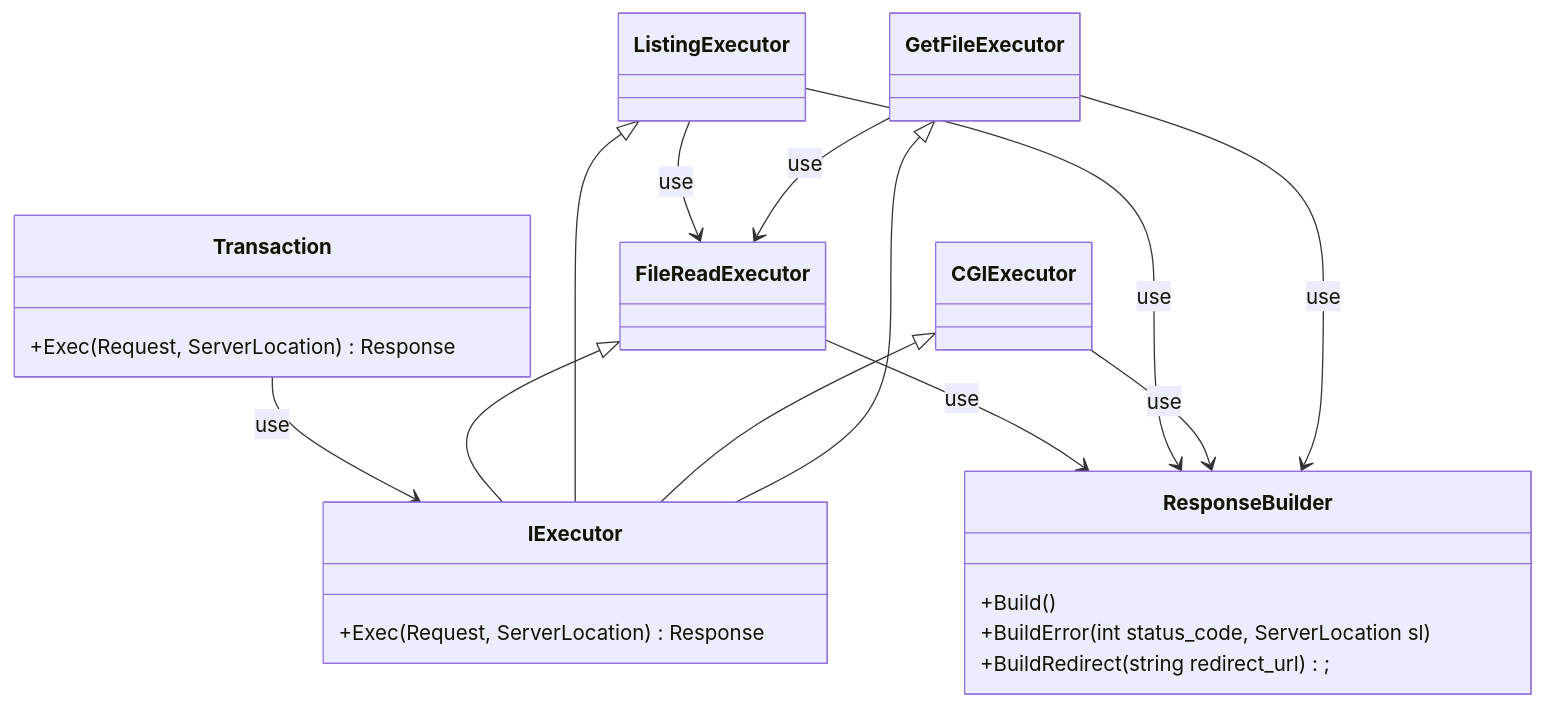
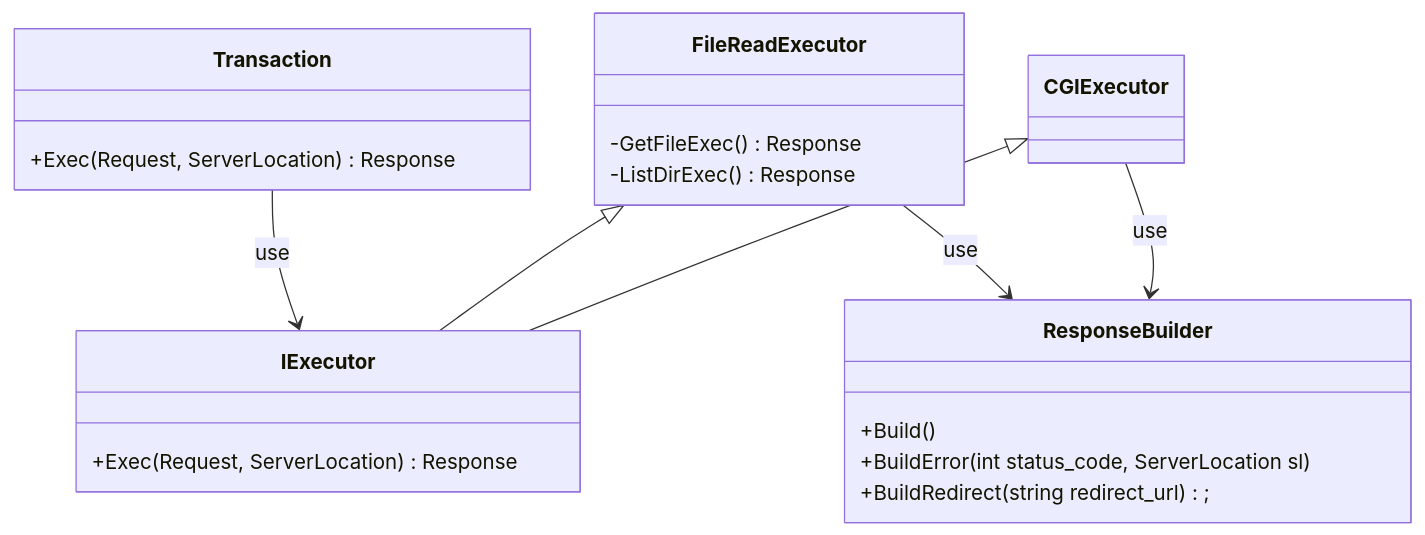
One commit to katataku/webserv changed the diagram in docs/class/transaction_class.md. Above: the diagram before and after it, drawn with Mermaid. The commit also changed other lines of this file, not shown here.

Commit message:
fix/FileReadExecの内部処理を整理

````diff
--- a/docs/class/transaction_class.md
+++ b/docs/class/transaction_class.md
@@ -1,43 +1,34 @@
 ```mermaid
 classDiagram
-    GetFileExecutor <|-- IExecutor
     CGIExecutor <|-- IExecutor
-    ListingExecutor <|-- IExecutor
     FileReadExecutor <|-- IExecutor
 
     Transaction --> IExecutor : use
-    GetFileExecutor --> ResponseBuilder : use
     CGIExecutor --> ResponseBuilder : use
-    ListingExecutor --> ResponseBuilder : use
     FileReadExecutor --> ResponseBuilder : use
 
-
-    GetFileExecutor --> FileReadExecutor : use
-    ListingExecutor --> FileReadExecutor : use
-
-    class GetFileExecutor {
+    class FileReadExecutor {
+		-GetFileExec() Response
+		-ListDirExec() Response
     }
 
     class CGIExecutor {
-    }
-
-    class ListingExecutor {
     }
 
     class IExecutor {
         +Exec(Request, ServerLocation) Response
     }
 
 
     class Transaction {
         +Exec(Request, ServerLocation) Response
     }
 
 	%% status_code, server_location &&
     class ResponseBuilder {
         +Build()
 		+BuildError(int status_code, ServerLocation sl)
 		+BuildRedirect(string redirect_url);
     }
 
 ```
````
